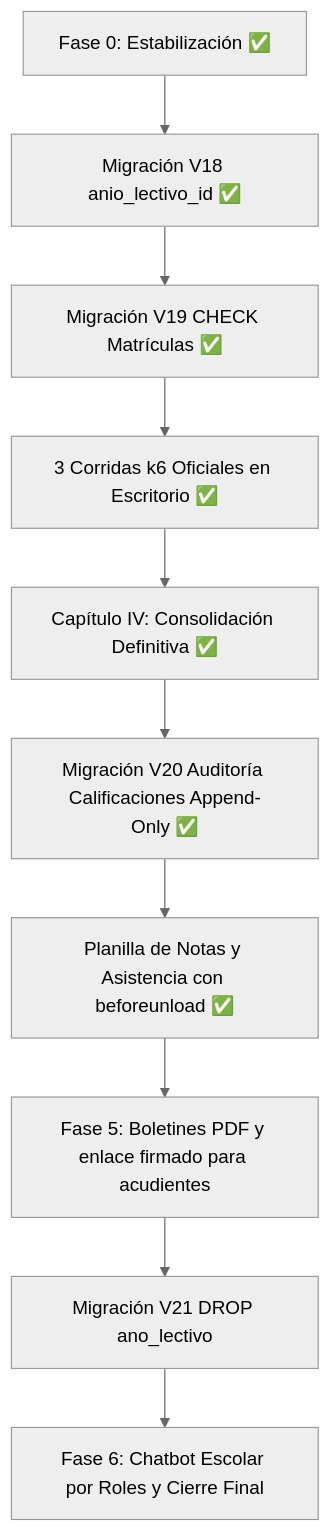
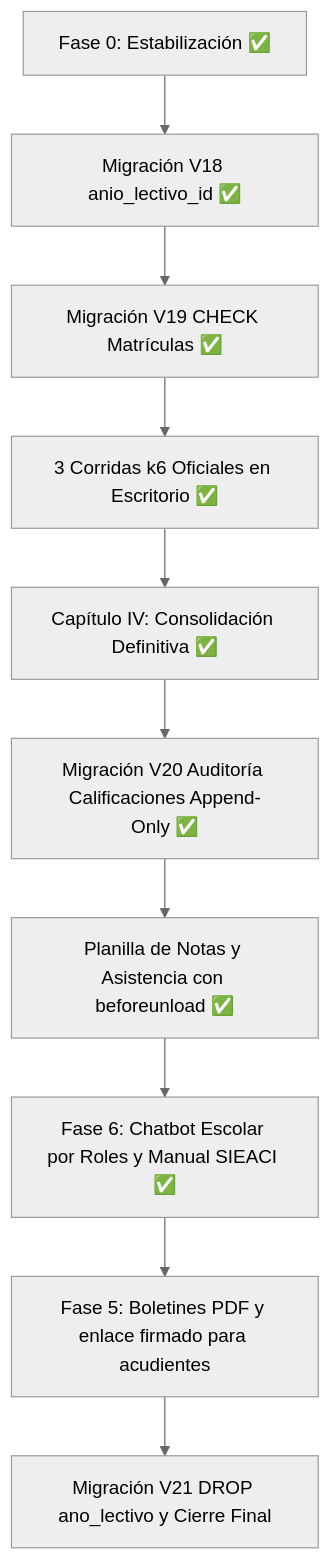
One commit to Jossewz/PA7-SIGA changed the diagram in docs/auditoria_integral_siga.md. Above: the diagram before and after it, drawn with Mermaid (neutral theme). The commit also changed other lines of this file and 9 other files, not shown here.

Commit message:
feat(chat): integrar manual SIEACI oficial, blindaje de roles, prueba concurrente y 129 tests

````diff
--- a/docs/auditoria_integral_siga.md
+++ b/docs/auditoria_integral_siga.md
@@ -130,12 +131,12 @@
 ```mermaid
 graph TD
     F0[Fase 0: Estabilización ✅] --> V18[Migración V18 anio_lectivo_id ✅]
     V18 --> V19[Migración V19 CHECK Matrículas ✅]
     V19 --> K6[3 Corridas k6 Oficiales en Escritorio ✅]
     K6 --> CIV[Capítulo IV: Consolidación Definitiva ✅]
     CIV --> V20[Migración V20 Auditoría Calificaciones Append-Only ✅]
     V20 --> F4[Planilla de Notas y Asistencia con beforeunload ✅]
-    F4 --> F5[Fase 5: Boletines PDF y enlace firmado para acudientes]
-    F5 --> V21[Migración V21 DROP ano_lectivo]
-    V21 --> F6[Fase 6: Chatbot Escolar por Roles y Cierre Final]
+    F4 --> F6[Fase 6: Chatbot Escolar por Roles y Manual SIEACI ✅]
+    F6 --> F5[Fase 5: Boletines PDF y enlace firmado para acudientes]
+    F5 --> V21[Migración V21 DROP ano_lectivo y Cierre Final]
 ```
````
